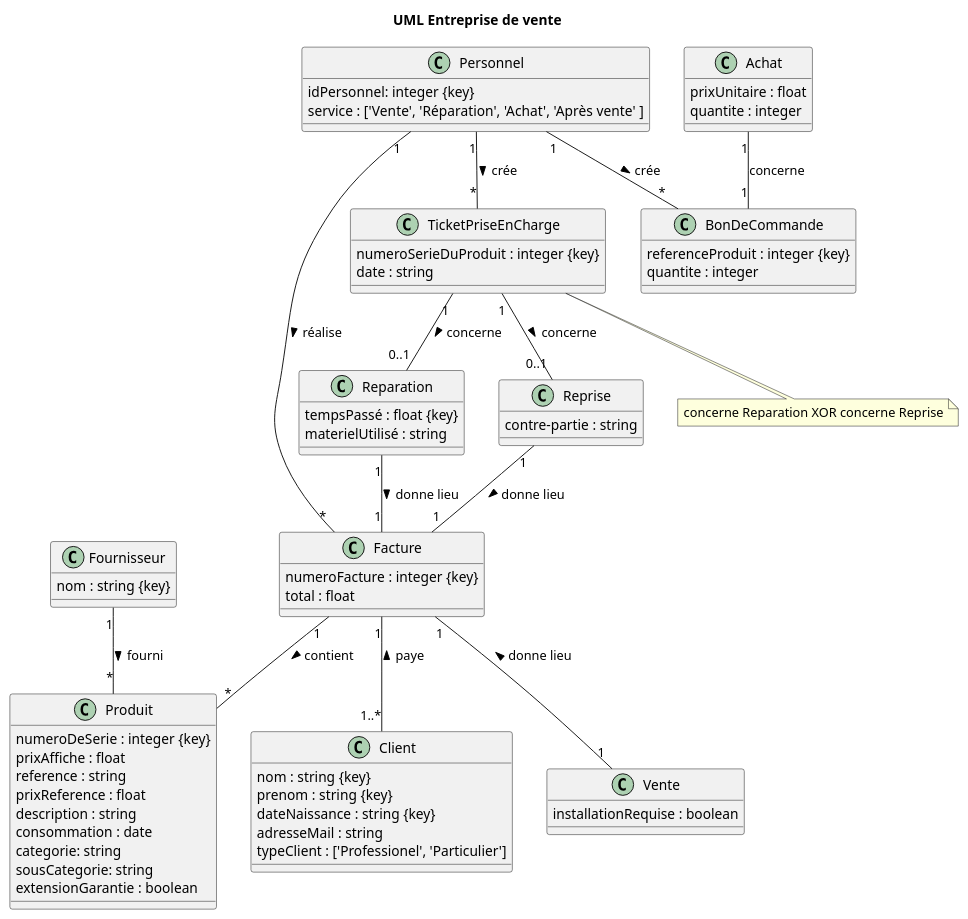
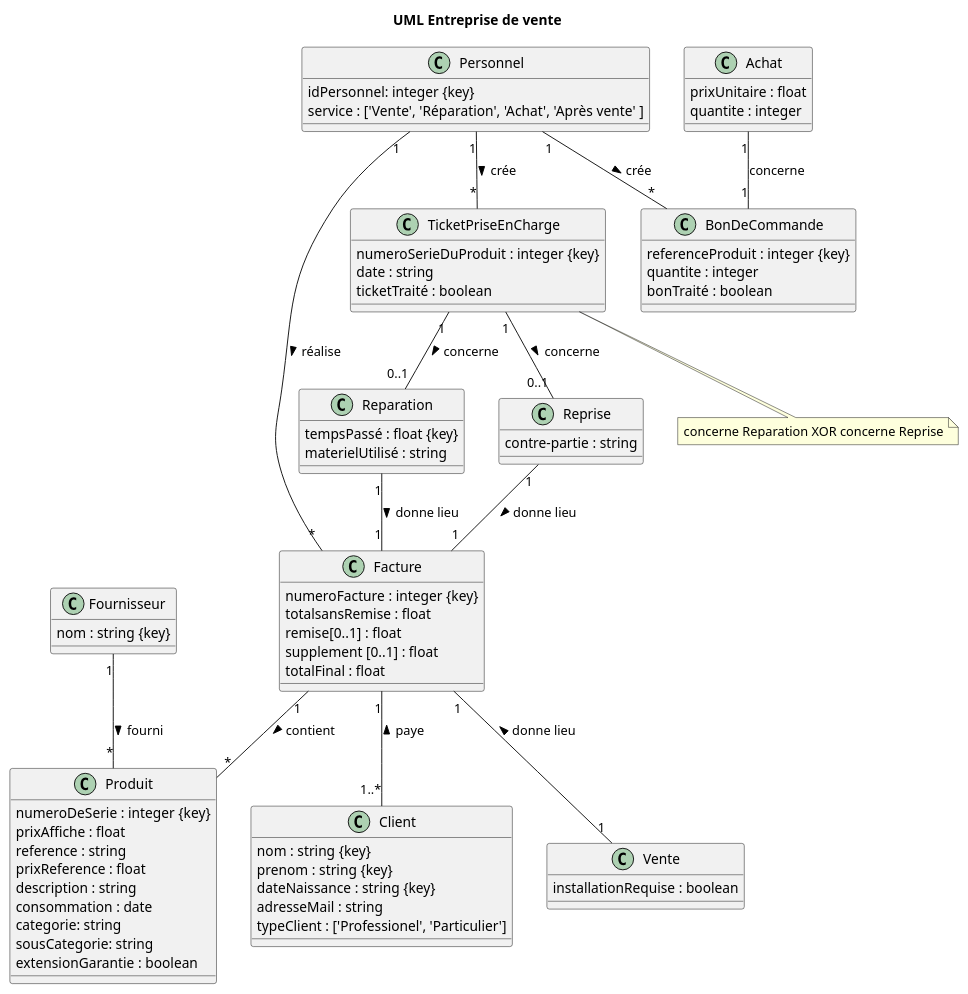
The diagram in MCD.plantuml (mariaidrissi/Entreprise-de-vente), drawn with PlantUML before and after one commit.

Commit message:
Ajout d'attributs pour facture, bon de commande, ticket prise en charge

```diff
--- a/MCD.plantuml
+++ b/MCD.plantuml
@@ -1,92 +1,97 @@
 @startuml
 title UML Entreprise de vente
 
 class Produit {
   numeroDeSerie : integer {key}
   prixAffiche : float
   reference : string
   prixReference : float
   description : string
   consommation : date
   categorie: string
   sousCategorie: string
   extensionGarantie : boolean
 }
 
 class Fournisseur {
 	nom : string {key}
 }
 
 Fournisseur "1" -- "*" Produit : fourni >
 
 
 class Facture {
   numeroFacture : integer {key}
-  total : float 
+  totalsansRemise : float 
+  remise[0..1] : float
+  supplement [0..1] : float
+  totalFinal : float
 }
 
 
 class Client { 
   nom : string {key}
   prenom : string {key}
   dateNaissance : string {key}
   adresseMail : string
   typeClient : ['Professionel', 'Particulier']
 }
 Facture "1" -- "1..*" Client : paye <
 
 Facture "1" -- "*" Produit : contient >
 
 class Personnel {
   idPersonnel: integer {key}
   service : ['Vente', 'Réparation', 'Achat', 'Après vente' ]
 }
 
 
 Personnel "1" -- "*" Facture : réalise >
 Personnel "1" -- "*" TicketPriseEnCharge : crée >
 Personnel "1" -- "*" BonDeCommande : crée >
 
 class TicketPriseEnCharge {
   numeroSerieDuProduit : integer {key}
   date : string 
+  ticketTraité : boolean
 }
 
 class BonDeCommande {
   referenceProduit : integer {key}
   quantite : integer
+  bonTraité : boolean
 }
 
 
 Achat "1" -- "1" BonDeCommande : concerne 
 
 class Achat {
   prixUnitaire : float
   quantite : integer
 }
 
 class Reparation  {
   tempsPassé : float {key}
   materielUtilisé : string
 }
 
 class Reprise  {
   contre-partie : string
 }
 
 
 note bottom of TicketPriseEnCharge
     concerne Reparation XOR concerne Reprise
 end note
 TicketPriseEnCharge "1" -- "0..1" Reparation : concerne >
 Reparation "1" -- "1" Facture : donne lieu >
 TicketPriseEnCharge "1" -- "0..1" Reprise : concerne >
 Reprise "1" -- "1" Facture : donne lieu >
 
 Facture "1" -- "1" Vente : donne lieu <
 class Vente  {
   installationRequise : boolean 
 }
 
 
 @enduml
```
